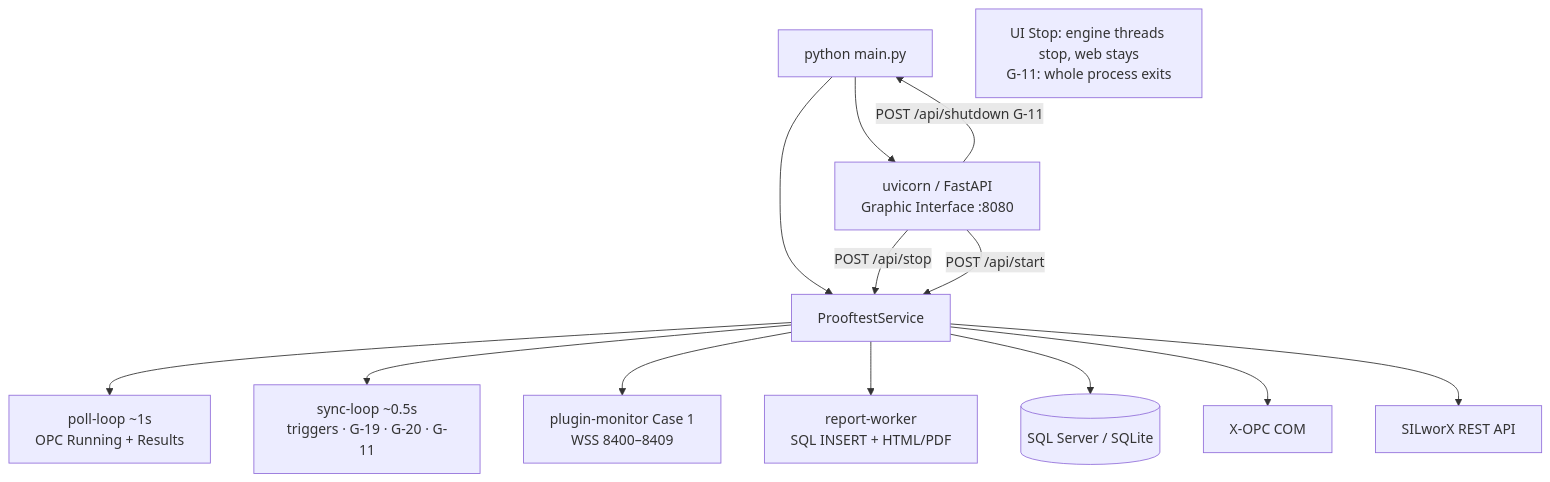
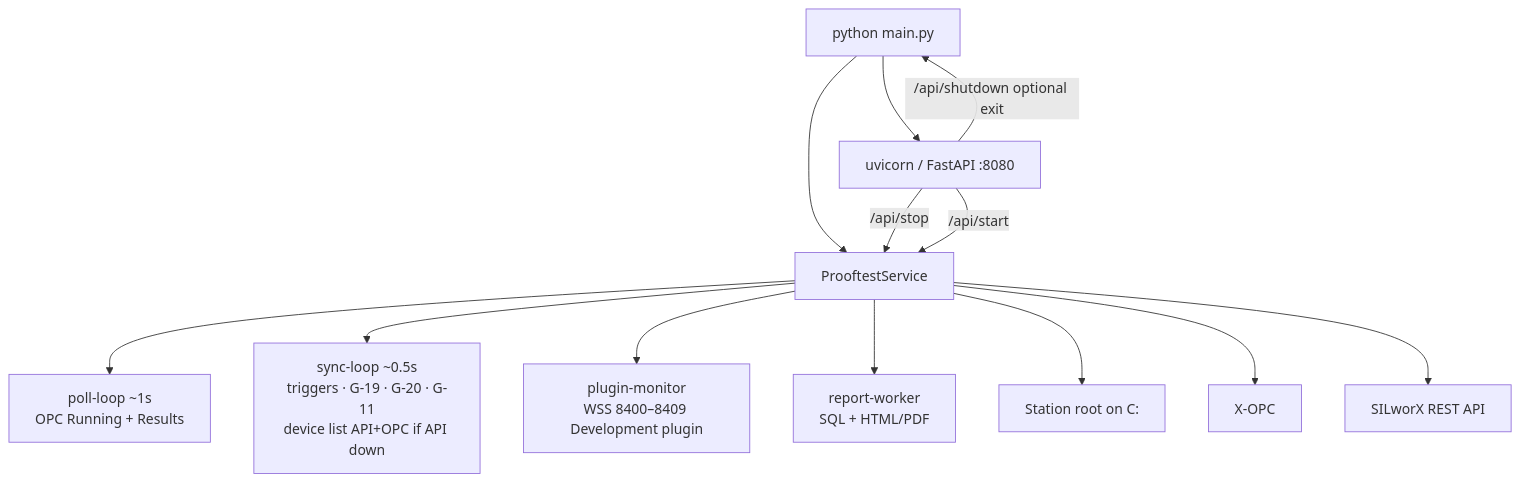
The second of 11 diagrams in Specifications/HIMA-Prooftest-Architecture-Mermaid.md (D-Mouna/Prooftest-Reporting-solution), drawn with Mermaid before and after one commit. The commit also changed other lines of this file and 200 other files, not shown here.

Commit message:
Show per-device source in the list (OPC ProgID or SILworX project) and keep SPEC 1.60 / code 1.63 in sync.

````diff
--- a/Specifications/HIMA-Prooftest-Architecture-Mermaid.md
+++ b/Specifications/HIMA-Prooftest-Architecture-Mermaid.md
@@ -54,21 +38,19 @@
 ```mermaid
 flowchart TB
   MAIN["python main.py"]
 
-  MAIN --> UV["uvicorn / FastAPI<br/>Graphic Interface :8080"]
+  MAIN --> UV["uvicorn / FastAPI :8080"]
   MAIN --> SVC["ProoftestService"]
 
   SVC --> POLL["poll-loop ~1s<br/>OPC Running + Results"]
-  SVC --> SYNC["sync-loop ~0.5s<br/>triggers · G-19 · G-20 · G-11"]
-  SVC --> PM["plugin-monitor Case 1<br/>WSS 8400–8409"]
-  SVC --> RW["report-worker<br/>SQL INSERT + HTML/PDF"]
-  SVC --> DB[(SQL Server / SQLite)]
-  SVC --> OPC[X-OPC COM]
+  SVC --> SYNC["sync-loop ~0.5s<br/>triggers · G-19 · G-20 · G-11<br/>device list API+OPC if API down"]
+  SVC --> PM["plugin-monitor<br/>WSS 8400–8409 Development plugin"]
+  SVC --> RW["report-worker<br/>SQL + HTML/PDF"]
+  SVC --> DISK["Station root on C:"]
+  SVC --> OPC[X-OPC]
   SVC --> API[SILworX REST API]
 
-  UV -->|POST /api/stop| SVC
-  UV -->|POST /api/start| SVC
-  UV -->|POST /api/shutdown G-11| MAIN
-
-  note1["UI Stop: engine threads stop, web stays<br/>G-11: whole process exits"]
+  UV -->|/api/stop| SVC
+  UV -->|/api/start| SVC
+  UV -->|/api/shutdown optional exit| MAIN
 ```
````
